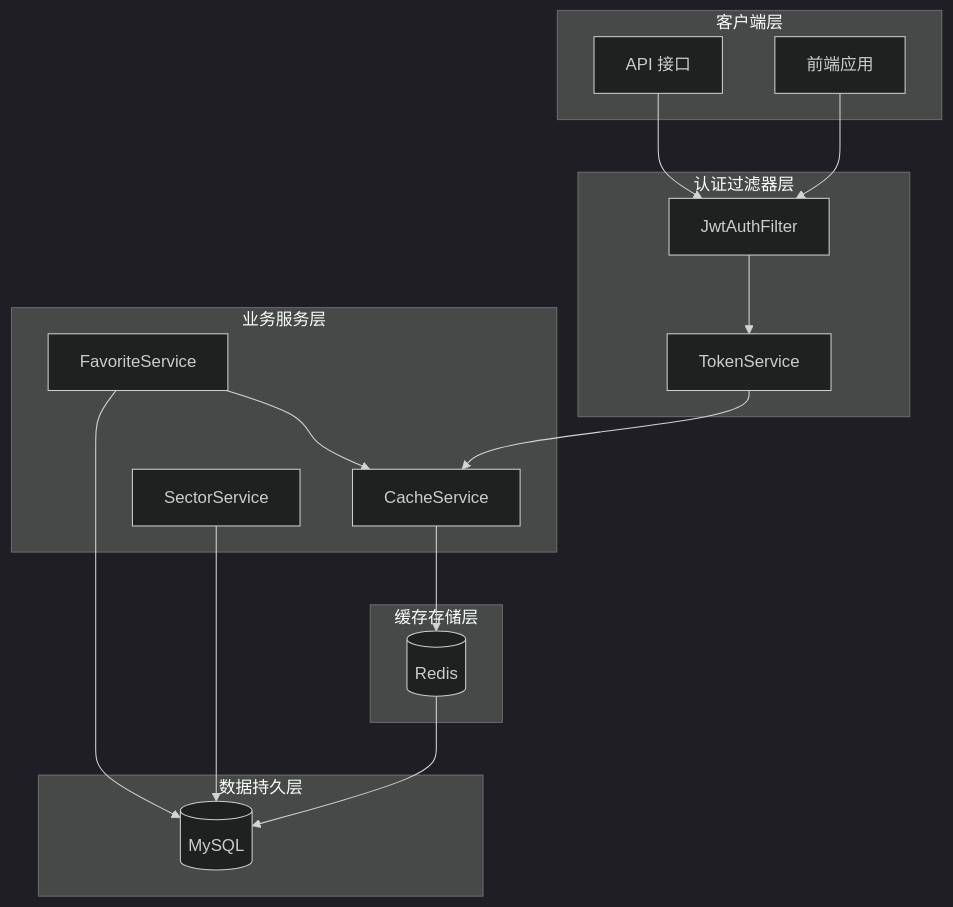
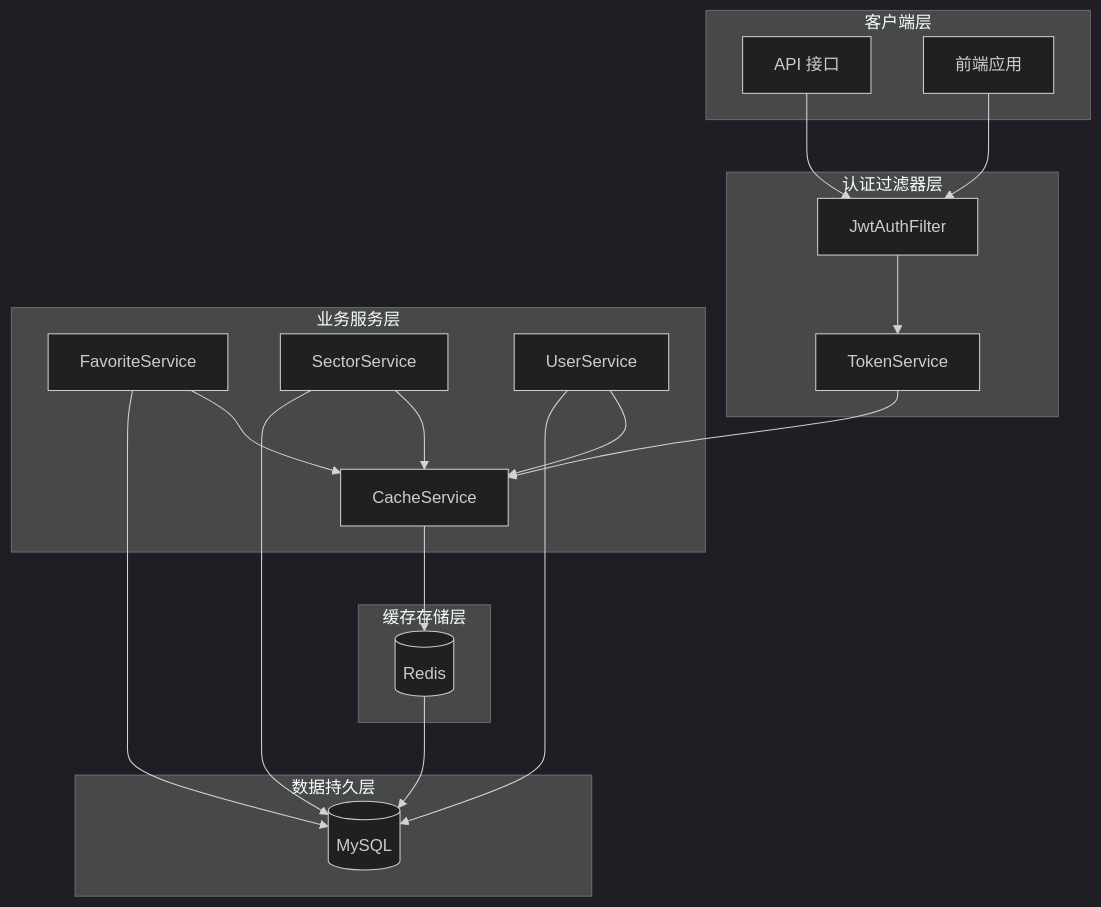
One commit to PersonNoName/FreeTrader changed the second of 20 diagrams in .qoder/repowiki/zh/content/缓存与性能优化/Redis 缓存策略.md. Above: the diagram before and after it, drawn with Mermaid (dark theme). The commit also changed other lines of this file and 10 other files, not shown here.

````diff
--- a/.qoder/repowiki/zh/content/缓存与性能优化/Redis 缓存策略.md
+++ b/.qoder/repowiki/zh/content/缓存与性能优化/Redis 缓存策略.md
@@ -81,31 +135,35 @@
 ```mermaid
 graph TB
 subgraph "客户端层"
 API[API 接口]
 UI[前端应用]
 end
 subgraph "认证过滤器层"
 JAF[JwtAuthFilter]
 TS[TokenService]
 end
 subgraph "业务服务层"
 CS[CacheService]
 FS[FavoriteService]
 SS[SectorService]
+US[UserService]
 end
 subgraph "缓存存储层"
 REDIS[(Redis)]
 end
 subgraph "数据持久层"
 DB[(MySQL)]
 end
 API --> JAF
 UI --> JAF
 JAF --> TS
 TS --> CS
 FS --> CS
+SS --> CS
+US --> CS
 CS --> REDIS
 FS --> DB
 SS --> DB
+US --> DB
 REDIS --> DB
 ```
````
